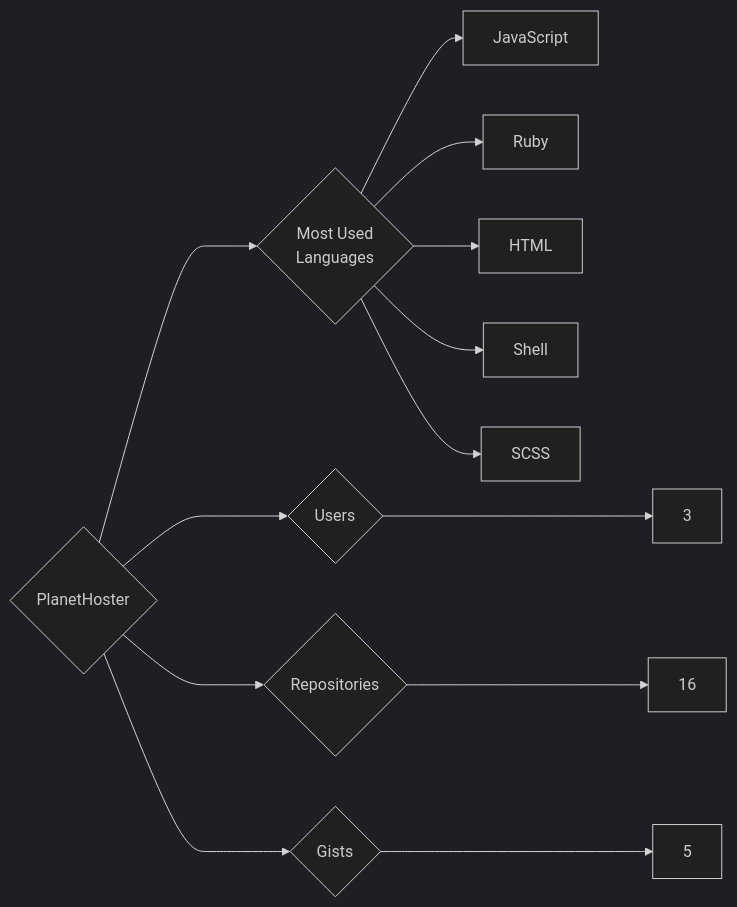
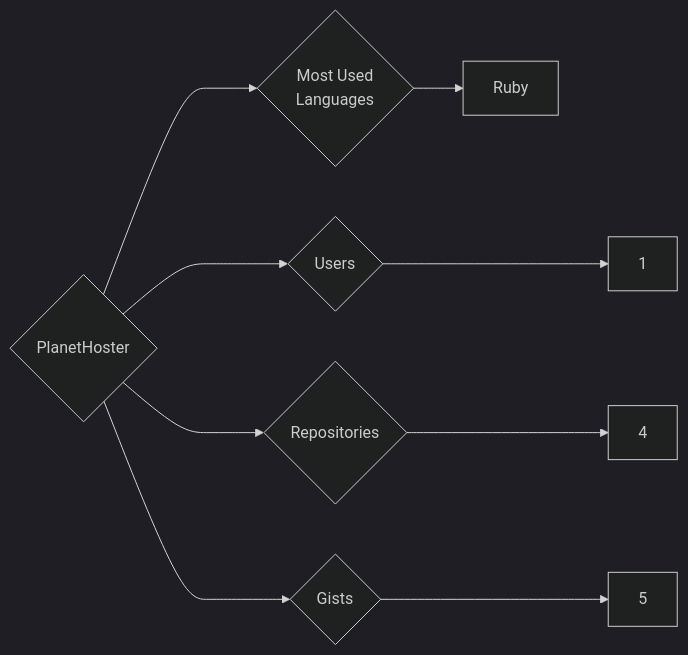
One commit to trickest/insiders changed the diagram in targets/PlanetHoster/README.md. Above: the diagram before and after it, drawn with Mermaid (dark theme). The commit also changed 973 other files, not shown here.

````diff
--- a/targets/PlanetHoster/README.md
+++ b/targets/PlanetHoster/README.md
@@ -3,13 +3,9 @@
 ```mermaid
 graph LR
 COMPANY_NAME{PlanetHoster}
-COMPANY_NAME ---> U{Users} ---> UN[3]
-COMPANY_NAME ---> R{Repositories} ---> RN[16]
+COMPANY_NAME ---> U{Users} ---> UN[1]
+COMPANY_NAME ---> R{Repositories} ---> RN[4]
 COMPANY_NAME ---> G{Gists} ---> GN[5]
 COMPANY_NAME ---> ML{Most Used<br>Languages}
-ML --> JavaScript[JavaScript]
 ML --> Ruby[Ruby]
-ML --> HTML[HTML]
-ML --> Shell[Shell]
-ML --> SCSS[SCSS]
 ```
````
